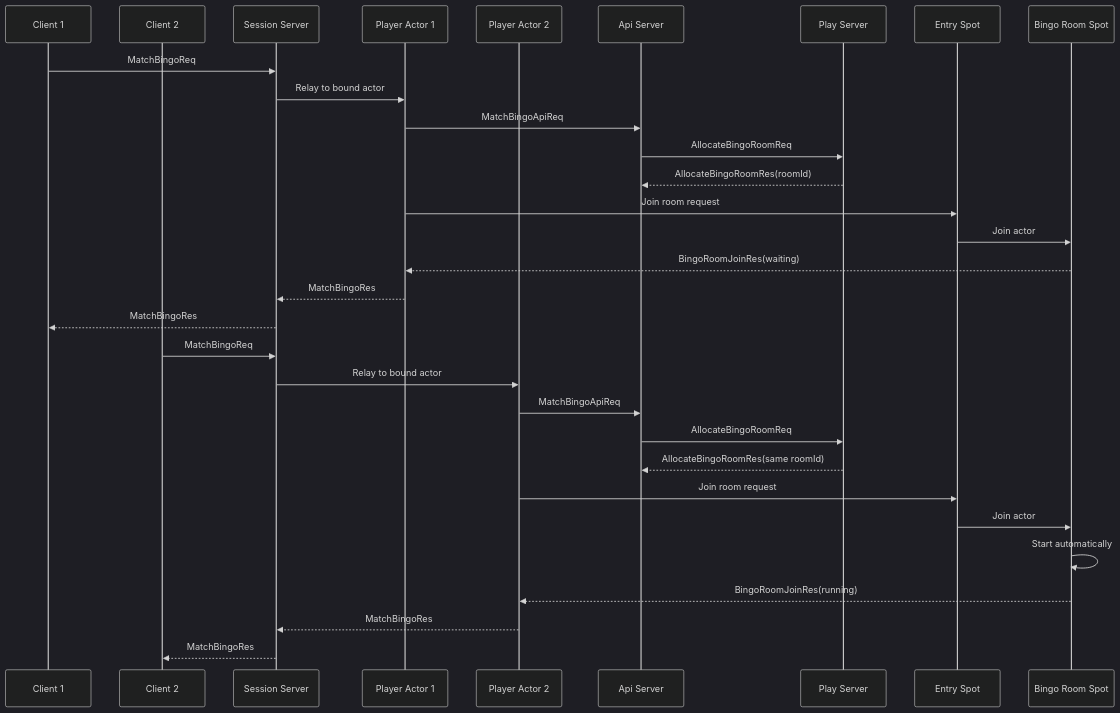
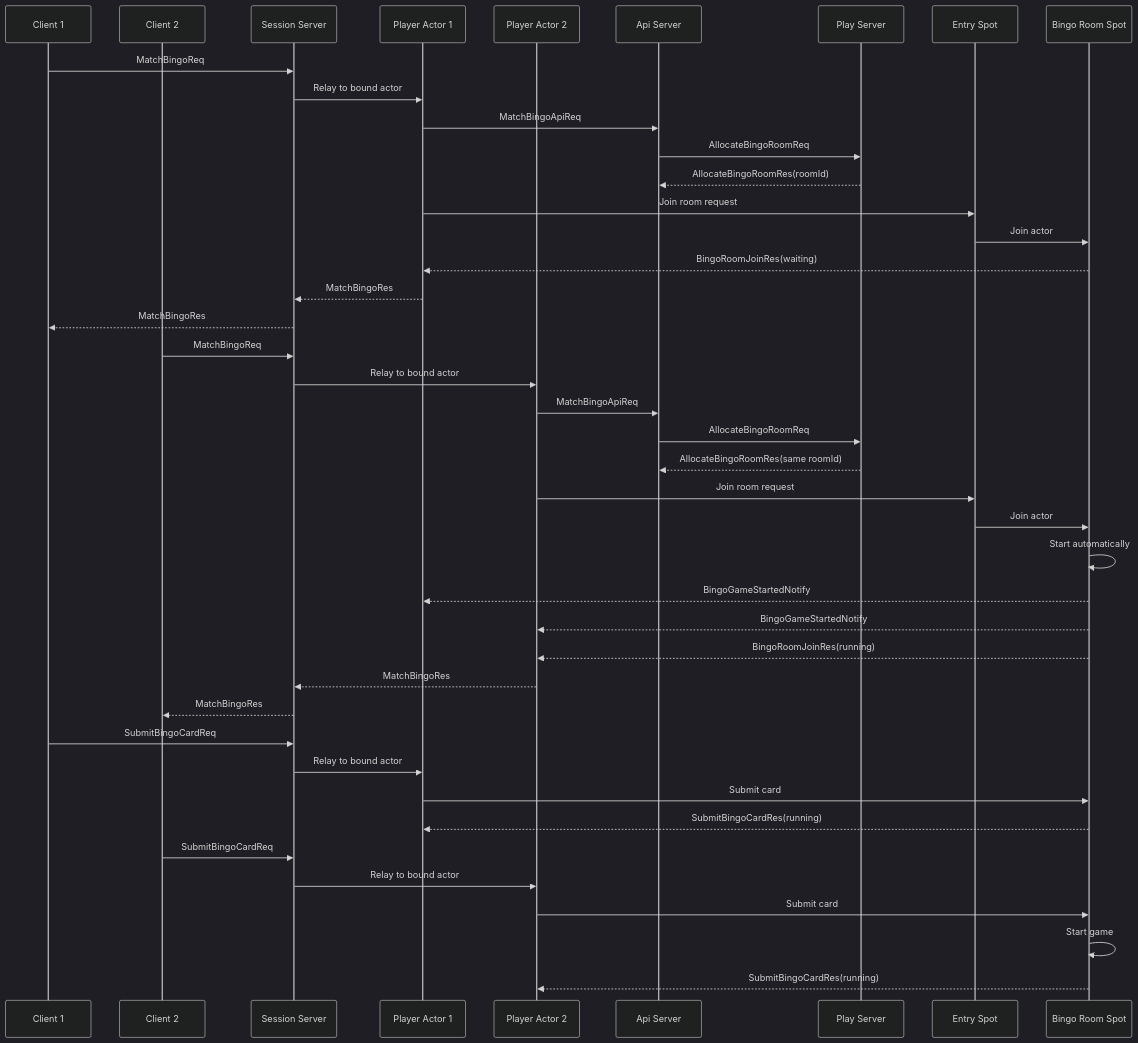
The third of 4 diagrams in framework/doc/spec/sample/bingo/README.ko.md (kairos-code-dev/zlink), drawn with Mermaid (dark theme) before and after one commit. The commit also changed other lines of this file, not shown here.

Commit message:
Update bingo sample scenario spec

````diff
--- a/framework/doc/spec/sample/bingo/README.ko.md
+++ b/framework/doc/spec/sample/bingo/README.ko.md
@@ -294,34 +307,45 @@
 ```mermaid
 sequenceDiagram
     participant C1 as Client 1
     participant C2 as Client 2
     participant S as Session Server
     participant A1 as Player Actor 1
     participant A2 as Player Actor 2
     participant API as Api Server
     participant P as Play Server
     participant E as Entry Spot
     participant R as Bingo Room Spot
 
     C1->>S: MatchBingoReq
     S->>A1: Relay to bound actor
     A1->>API: MatchBingoApiReq
     API->>P: AllocateBingoRoomReq
     P-->>API: AllocateBingoRoomRes(roomId)
     A1->>E: Join room request
     E->>R: Join actor
     R-->>A1: BingoRoomJoinRes(waiting)
     A1-->>S: MatchBingoRes
     S-->>C1: MatchBingoRes
     C2->>S: MatchBingoReq
     S->>A2: Relay to bound actor
     A2->>API: MatchBingoApiReq
     API->>P: AllocateBingoRoomReq
     P-->>API: AllocateBingoRoomRes(same roomId)
     A2->>E: Join room request
     E->>R: Join actor
     R->>R: Start automatically
+    R-->>A1: BingoGameStartedNotify
+    R-->>A2: BingoGameStartedNotify
     R-->>A2: BingoRoomJoinRes(running)
     A2-->>S: MatchBingoRes
     S-->>C2: MatchBingoRes
+    C1->>S: SubmitBingoCardReq
+    S->>A1: Relay to bound actor
+    A1->>R: Submit card
+    R-->>A1: SubmitBingoCardRes(running)
+    C2->>S: SubmitBingoCardReq
+    S->>A2: Relay to bound actor
+    A2->>R: Submit card
+    R->>R: Start game
+    R-->>A2: SubmitBingoCardRes(running)
 ```
````
